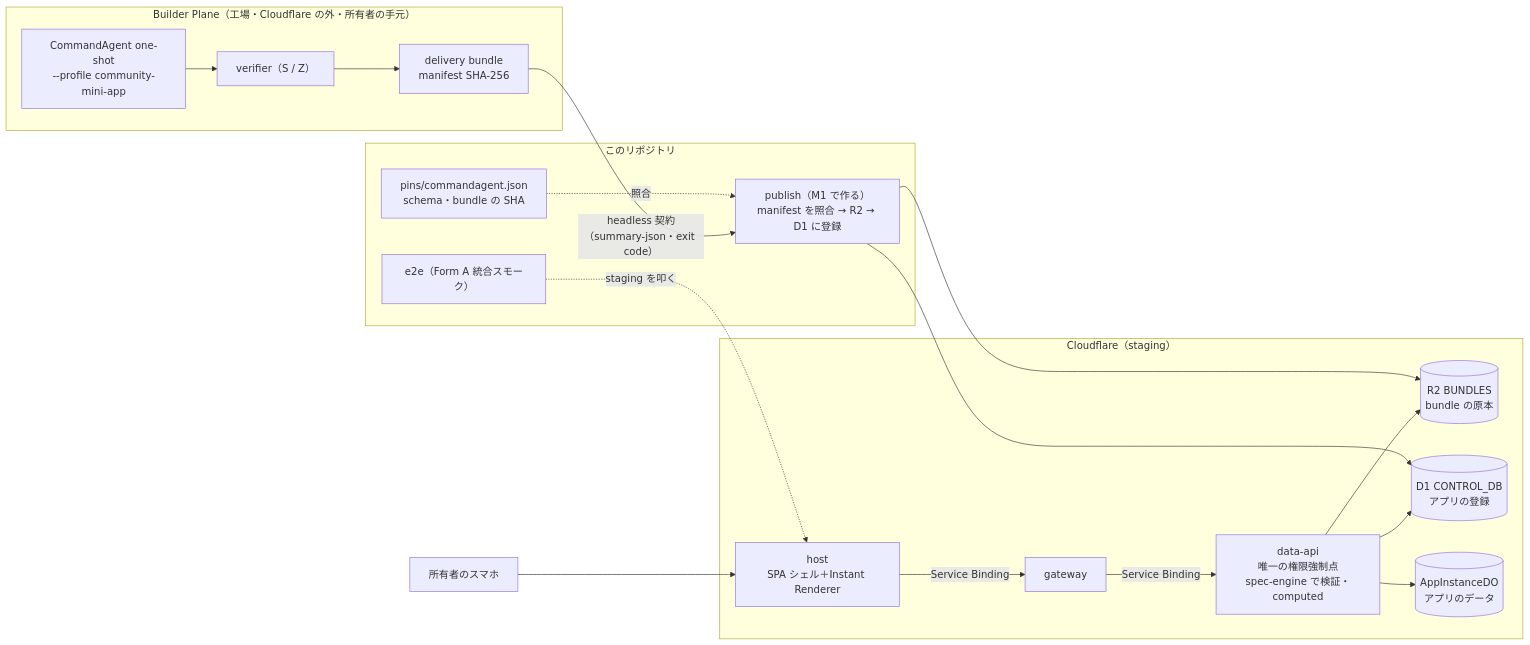
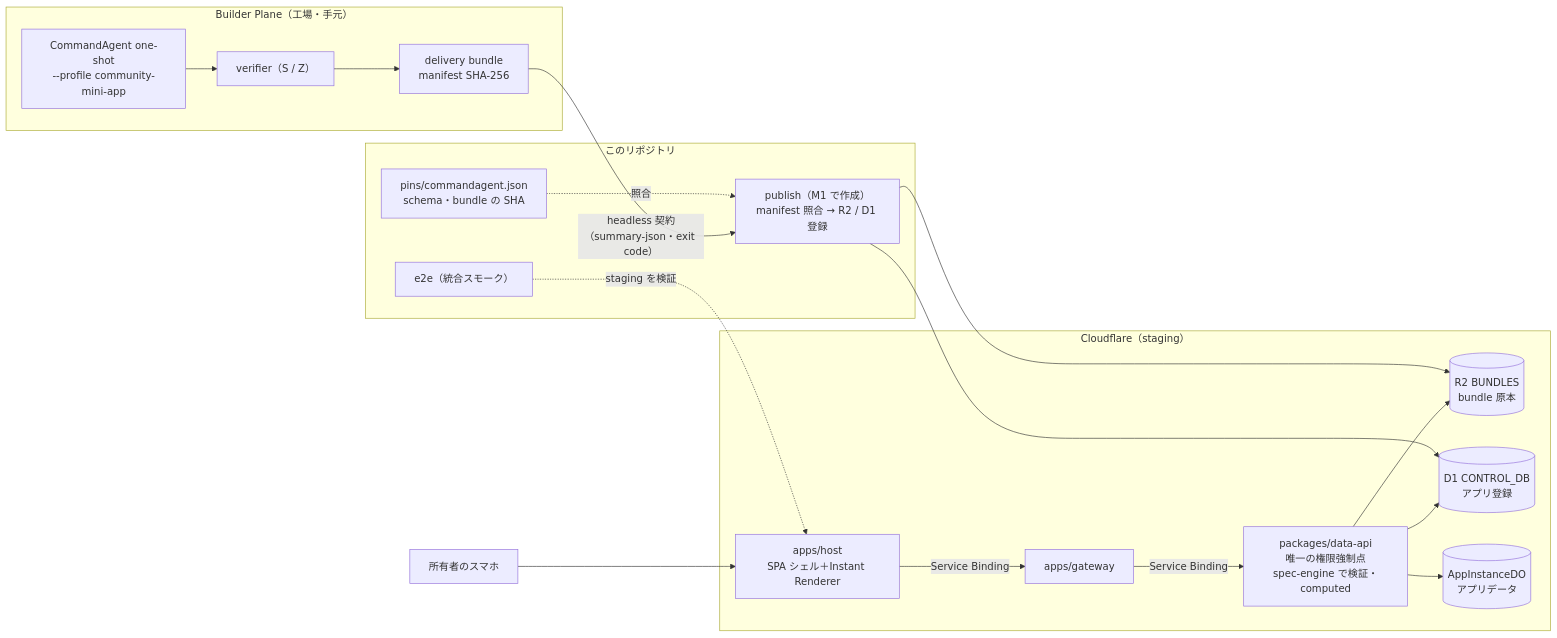
Before and after one commit to Kewton/Musubi: the diagram in workspace/mvp/m1/README.md, drawn with Mermaid. The commit also changed other lines of this file and 1 other file, not shown here.

````diff
--- a/workspace/mvp/m1/README.md
+++ b/workspace/mvp/m1/README.md
@@ -118,25 +162,25 @@
 ```mermaid
 flowchart LR
-  subgraph BP["Builder Plane（工場・Cloudflare の外・所有者の手元）"]
+  subgraph BP["Builder Plane（工場・手元）"]
     CA["CommandAgent one-shot<br/>--profile community-mini-app"] --> V["verifier（S / Z）"]
     V --> BUNDLE["delivery bundle<br/>manifest SHA-256"]
   end
   subgraph PIN["このリポジトリ"]
     PINS["pins/commandagent.json<br/>schema・bundle の SHA"]
-    PUB["publish（M1 で作る）<br/>manifest を照合 → R2 → D1 に登録"]
-    E2E["e2e（Form A 統合スモーク）"]
+    PUB["publish（M1 で作成）<br/>manifest 照合 → R2 / D1 登録"]
+    E2E["e2e（統合スモーク）"]
   end
   BUNDLE -- "headless 契約<br/>（summary-json・exit code）" --> PUB
   PINS -. 照合 .-> PUB
   subgraph CF["Cloudflare（staging）"]
-    HOST["host<br/>SPA シェル＋Instant Renderer"] -- Service Binding --> GW["gateway"]
-    GW -- Service Binding --> DAPI["data-api<br/>唯一の権限強制点<br/>spec-engine で検証・computed"]
-    DAPI --> R2[("R2 BUNDLES<br/>bundle の原本")]
-    DAPI --> D1[("D1 CONTROL_DB<br/>アプリの登録")]
-    DAPI --> DO[("AppInstanceDO<br/>アプリのデータ")]
+    HOST["apps/host<br/>SPA シェル＋Instant Renderer"] -- Service Binding --> GW["apps/gateway"]
+    GW -- Service Binding --> DAPI["packages/data-api<br/>唯一の権限強制点<br/>spec-engine で検証・computed"]
+    DAPI --> R2[("R2 BUNDLES<br/>bundle 原本")]
+    DAPI --> D1[("D1 CONTROL_DB<br/>アプリ登録")]
+    DAPI --> DO[("AppInstanceDO<br/>アプリデータ")]
   end
   PUB --> R2
   PUB --> D1
   PHONE["所有者のスマホ"] --> HOST
-  E2E -. staging を叩く .-> HOST
+  E2E -. staging を検証 .-> HOST
 ```
````
